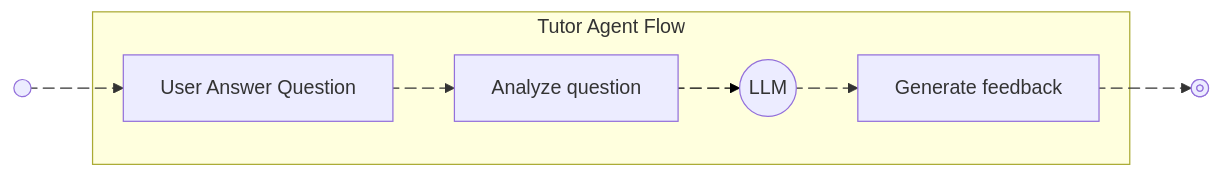
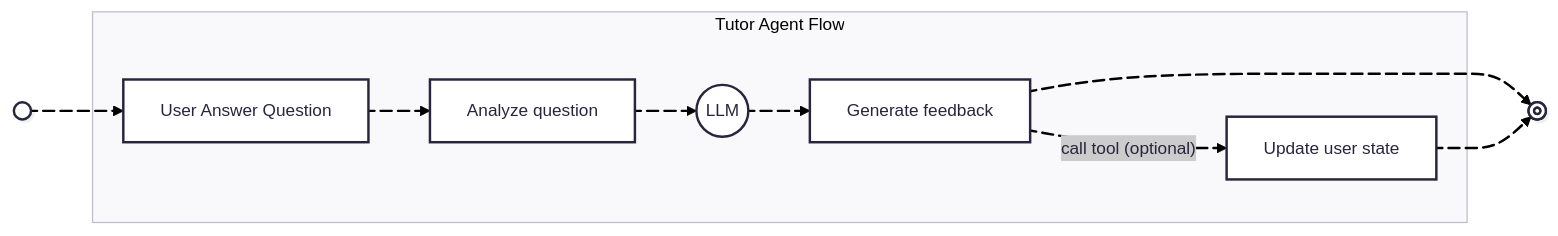
Before and after one commit to htilssu/DayGiaiThuat: the diagram in docs/tutor_agent_flow.md, drawn with Mermaid. The commit also changed 60 other files, not shown here.

````diff
--- a/docs/tutor_agent_flow.md
+++ b/docs/tutor_agent_flow.md
@@ -1,30 +1,35 @@
 ```mermaid
 ---
 config:
-  theme: default
+  theme: redux
   look: classic
   layout: dagre
 ---
 flowchart LR
  subgraph ss1["Tutor Agent Flow"]
         nn2["Analyze question"]
         nn3(("LLM"))
         nn4["Generate feedback"]
         nn1["User Answer Question"]
+        n9["Update user state"]
   end
     nn1 L_nn1_nn2_0@--> nn2
     nn2 L_nn2_nn3_0@--> nn3
     nn3 L_nn3_nn4_0@--> nn4
     nn4 L_nn4_n7_0@--> n7["Stop"]
+    nn4 L_nn4_n9_0@-- call tool (optional) --> n9
     n8["Start"] L_n8_nn1_0@--> nn1
+    n9 L_n9_n7_0@--> n7
     nn1@{ shape: proc}
     n7@{ shape: stop}
     n8@{ shape: start}
     linkStyle 1 stroke:#000000,fill:none
     L_nn1_nn2_0@{ animation: fast }
     L_nn2_nn3_0@{ animation: fast }
     L_nn3_nn4_0@{ animation: fast }
     L_nn4_n7_0@{ animation: fast }
+    L_nn4_n9_0@{ animation: fast }
     L_n8_nn1_0@{ animation: fast }
+    L_n9_n7_0@{ animation: fast }
 
 ```
````
